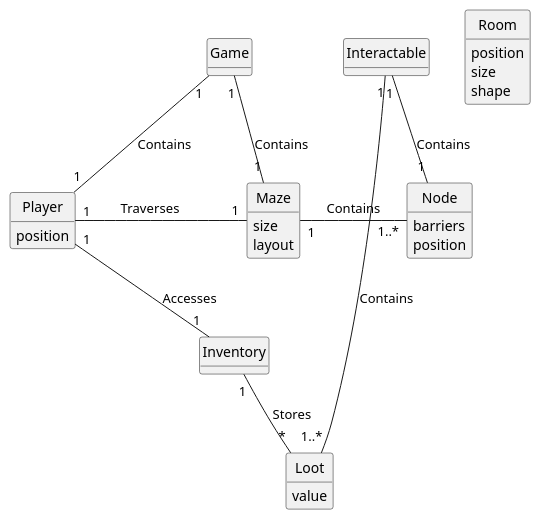
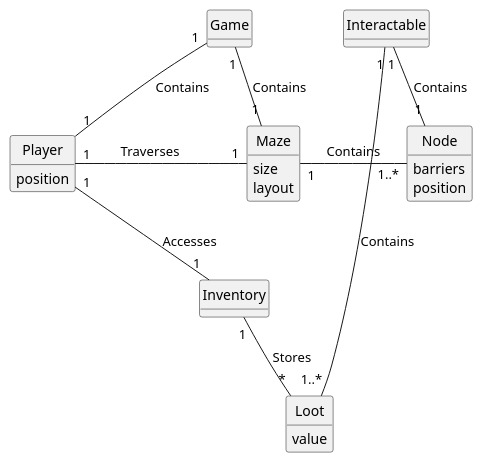
Before and after one commit to codelazarus14/team-1b-java-app: the first of 3 diagrams in doc/design.md, drawn with PlantUML.

Commit message:
Updated Design Document (deleted room class)

````diff
--- a/doc/design.md
+++ b/doc/design.md
@@ -3,44 +3,39 @@
 ```plantuml
 @startuml
 hide circle
 hide empty methods
 
 'classes
 class Player{
     position
 }
 class Maze{
     size
     layout
 }
 class Node{
     barriers
     position
-}
-class Room{
-    position
-    size
-    shape
 }
 class Inventory{
 }
 class Loot{
     value
 }
 class Interactable{
 }
 class Game{
 }
 
 'associations 
 Game "1" -- "1" Player : Contains\t\t
 Game "1" -- "1" Maze : Contains
 Player "1" - "1" Maze : \tTraverses\t\t
 Maze "1" - "1..*" Node : \tContains\t\t
 Player "1" -- "1" Inventory : Accesses\t\t
 Inventory "1" -- "*" Loot : Stores\t
 Interactable "1" -- "1..*" Loot : Contains\t\t
 Interactable "1" -- "1" Node : Contains\t\t
 
 @enduml
 ```
````
